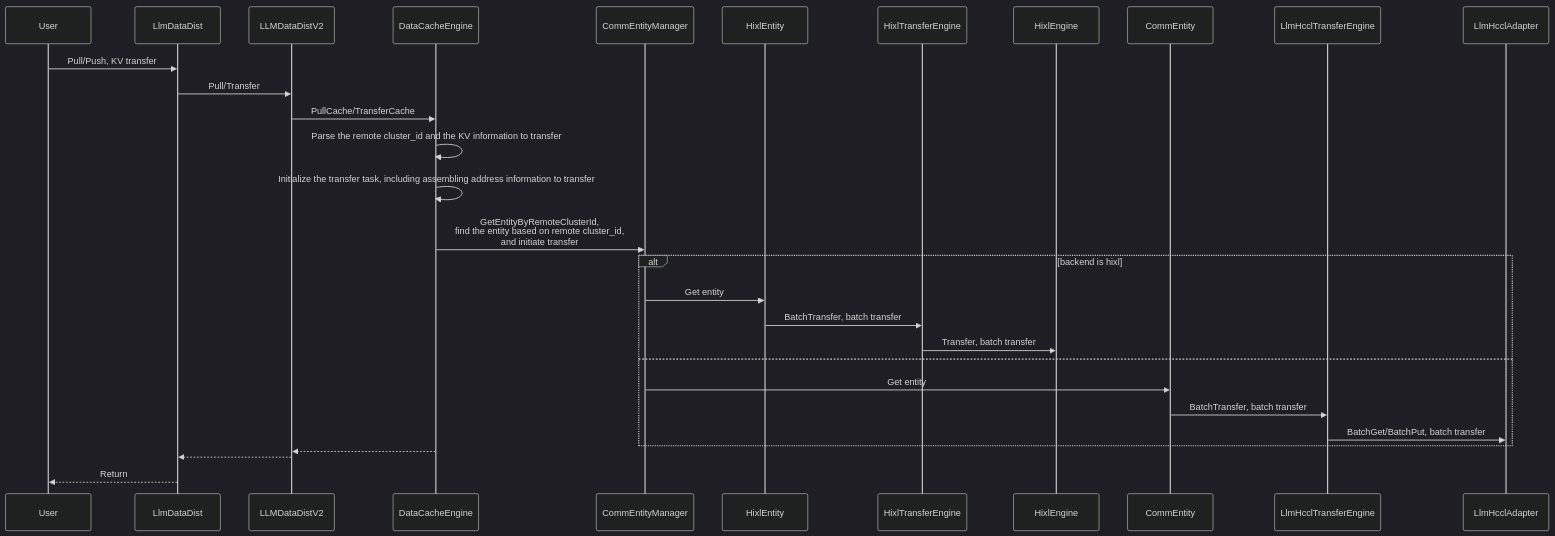
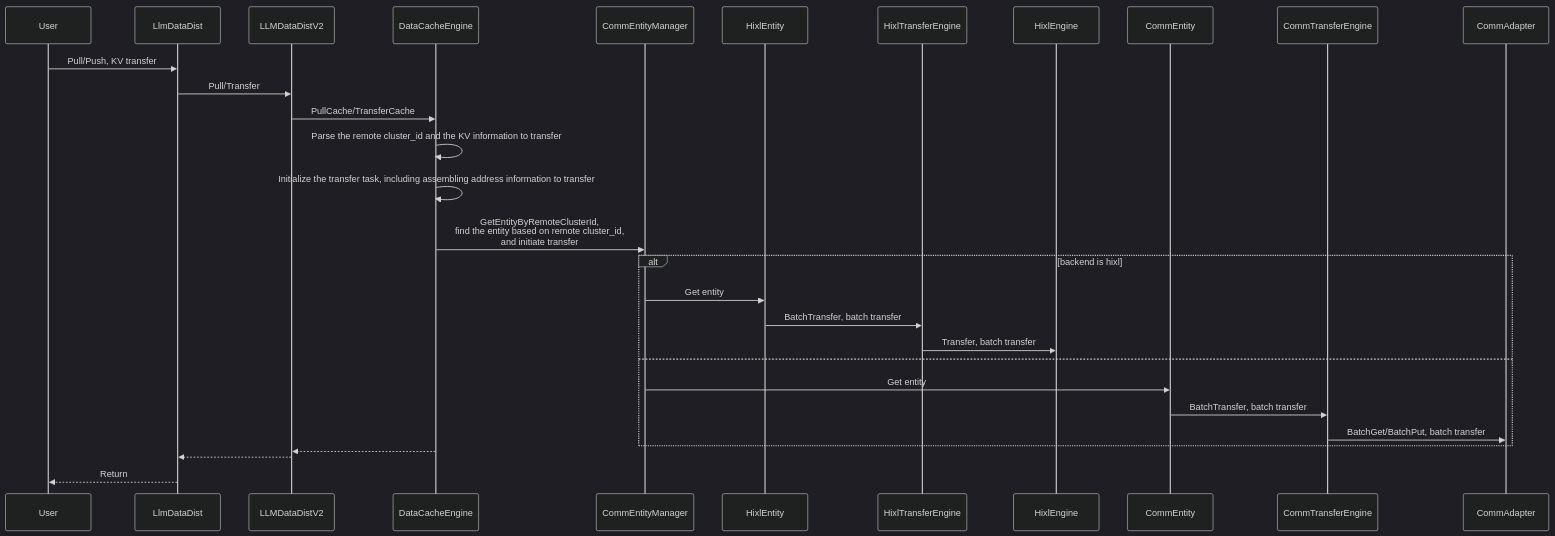
Before and after one commit to hicann/hixl: the sixth of 6 diagrams in docs/en/design/llm-datadist_supporting_the_hixl_transfer_backend.md, drawn with Mermaid (dark theme). The commit also changed other lines of this file and 51 other files, not shown here.

First paragraph of the commit message:
[refactor]: rename llm_datadist LlmHccl/adapter_hccl to Comm/comm_adapter

````diff
--- a/docs/en/design/llm-datadist_supporting_the_hixl_transfer_backend.md
+++ b/docs/en/design/llm-datadist_supporting_the_hixl_transfer_backend.md
@@ -286,21 +286,21 @@
 ```mermaid
 sequenceDiagram
   User ->> LlmDataDist: Pull/Push, KV transfer
   LlmDataDist ->> LLMDataDistV2: Pull/Transfer
   LLMDataDistV2 ->> DataCacheEngine: PullCache/TransferCache
   DataCacheEngine ->> DataCacheEngine: Parse the remote cluster_id and the KV information to transfer
   DataCacheEngine ->> DataCacheEngine: Initialize the transfer task, including assembling address information to transfer
   DataCacheEngine ->> CommEntityManager: GetEntityByRemoteClusterId,<br>find the entity based on remote cluster_id,<br>and initiate transfer
   alt backend is hixl
     CommEntityManager ->> HixlEntity: Get entity
     HixlEntity ->> HixlTransferEngine: BatchTransfer, batch transfer
     HixlTransferEngine ->> HixlEngine: Transfer, batch transfer
   else
     CommEntityManager ->> CommEntity: Get entity
-    CommEntity ->> LlmHcclTransferEngine: BatchTransfer, batch transfer
-    LlmHcclTransferEngine ->> LlmHcclAdapter: BatchGet/BatchPut, batch transfer
+    CommEntity ->> CommTransferEngine: BatchTransfer, batch transfer
+    CommTransferEngine ->> CommAdapter: BatchGet/BatchPut, batch transfer
   end
   DataCacheEngine -->> LLMDataDistV2:
   LLMDataDistV2 -->> LlmDataDist:
   LlmDataDist -->> User: Return
 ```
````
